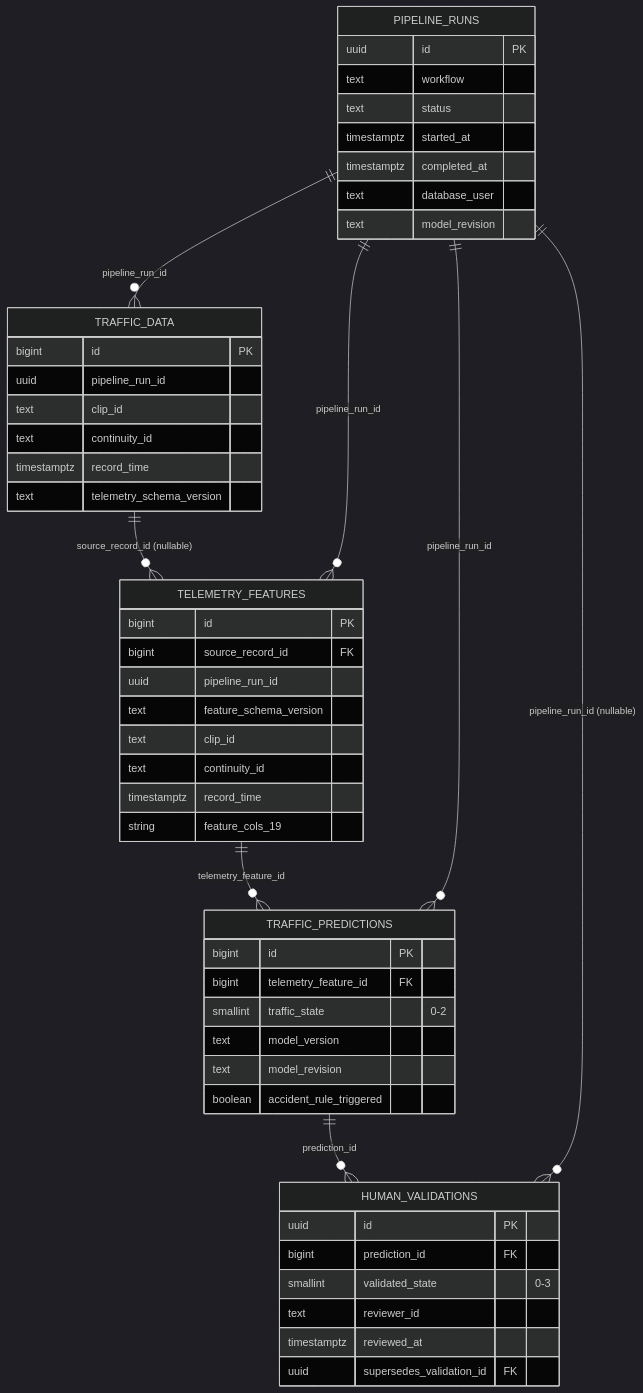
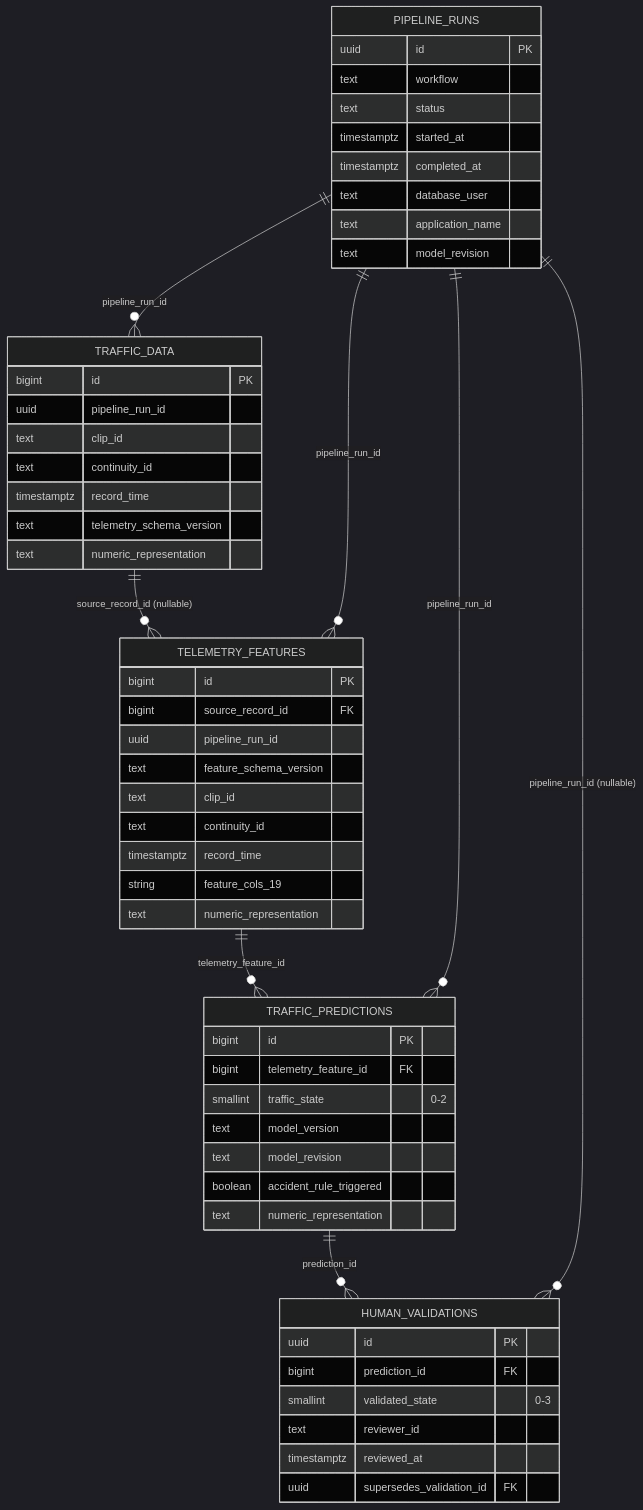
The diagram in docs/architecture/data-model.md (zgfnicolas/vaaet), drawn with Mermaid (dark theme) before and after one commit. The commit also changed other lines of this file and 77 other files, not shown here.

````diff
--- a/docs/architecture/data-model.md
+++ b/docs/architecture/data-model.md
@@ -15,55 +16,59 @@
 ```mermaid
 erDiagram
     TRAFFIC_DATA ||--o{ TELEMETRY_FEATURES : "source_record_id (nullable)"
     TELEMETRY_FEATURES ||--o{ TRAFFIC_PREDICTIONS : "telemetry_feature_id"
     TRAFFIC_PREDICTIONS ||--o{ HUMAN_VALIDATIONS : "prediction_id"
     PIPELINE_RUNS ||--o{ TRAFFIC_DATA : "pipeline_run_id"
     PIPELINE_RUNS ||--o{ TELEMETRY_FEATURES : "pipeline_run_id"
     PIPELINE_RUNS ||--o{ TRAFFIC_PREDICTIONS : "pipeline_run_id"
     PIPELINE_RUNS ||--o{ HUMAN_VALIDATIONS : "pipeline_run_id (nullable)"
 
     PIPELINE_RUNS {
       uuid id PK
       text workflow
       text status
       timestamptz started_at
       timestamptz completed_at
       text database_user
+      text application_name
       text model_revision
     }
 
     TRAFFIC_DATA {
       bigint id PK
       uuid pipeline_run_id
       text clip_id
       text continuity_id
       timestamptz record_time
       text telemetry_schema_version
+      text numeric_representation
     }
     TELEMETRY_FEATURES {
       bigint id PK
       bigint source_record_id FK
       uuid pipeline_run_id
       text feature_schema_version
       text clip_id
       text continuity_id
       timestamptz record_time
       string feature_cols_19
+      text numeric_representation
     }
     TRAFFIC_PREDICTIONS {
       bigint id PK
       bigint telemetry_feature_id FK
       smallint traffic_state "0-2"
       text model_version
       text model_revision
       boolean accident_rule_triggered
+      text numeric_representation
     }
     HUMAN_VALIDATIONS {
       uuid id PK
       bigint prediction_id FK
       smallint validated_state "0-3"
       text reviewer_id
       timestamptz reviewed_at
       uuid supersedes_validation_id FK
     }
 ```
````
